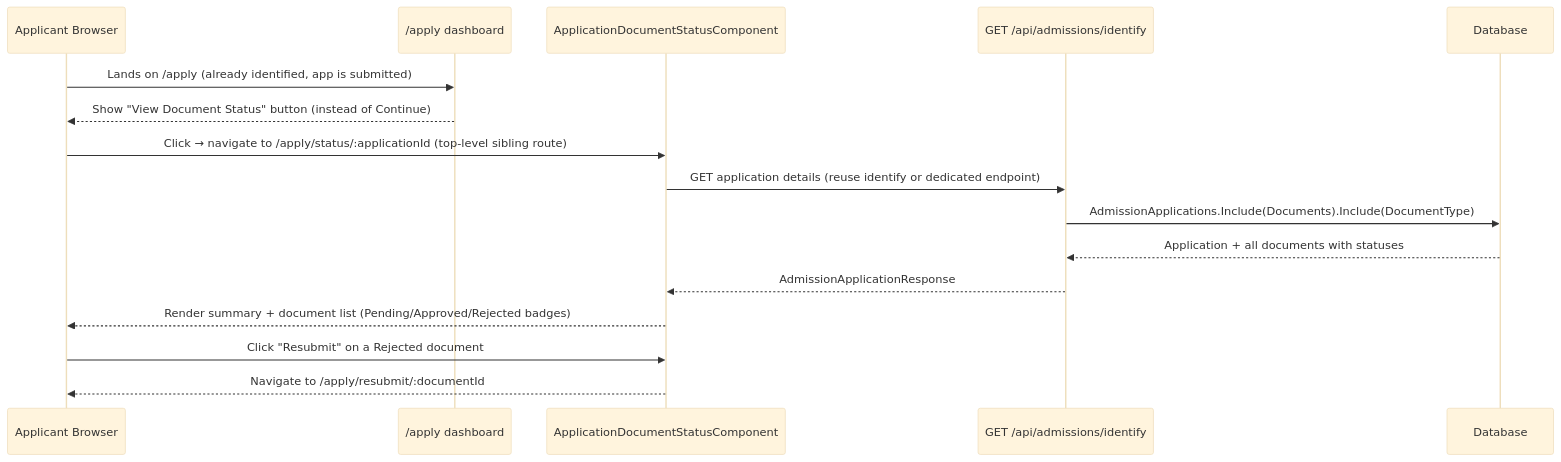
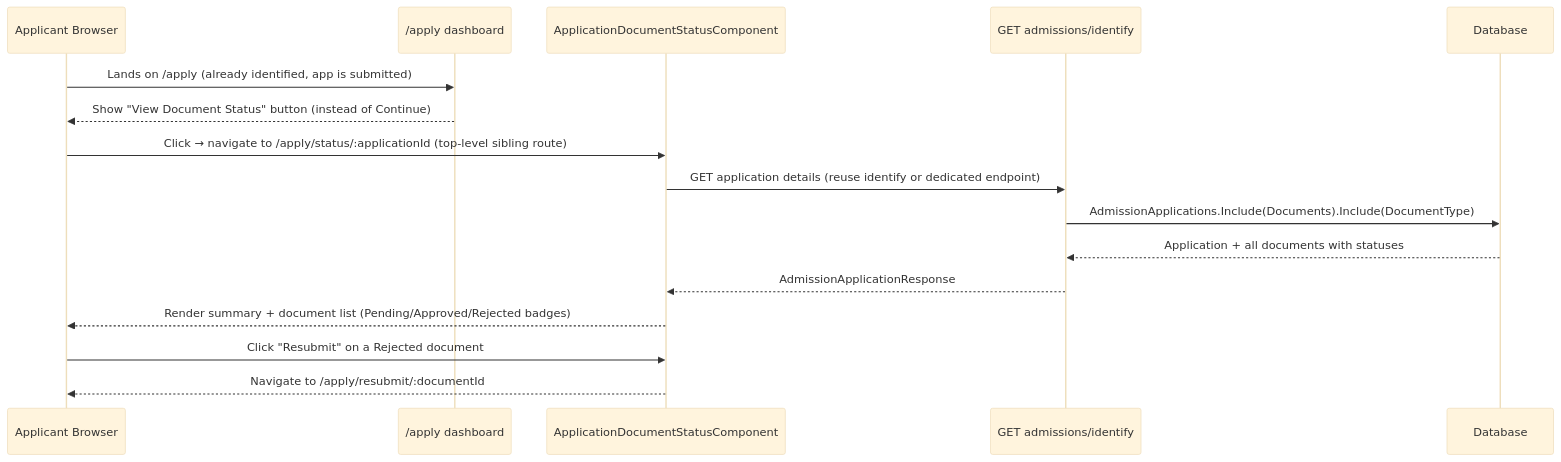
One commit to standevel/LMSApi changed the fourth of 4 diagrams in .kiro/specs/document-resubmission/design.md. Above: the diagram before and after it, drawn with Mermaid (base theme). The commit also changed other lines of this file and 3081 other files, not shown here.

````diff
--- a/.kiro/specs/document-resubmission/design.md
+++ b/.kiro/specs/document-resubmission/design.md
@@ -81,19 +81,19 @@
 ```mermaid
 sequenceDiagram
     participant U as Applicant Browser
     participant Dash as /apply dashboard
     participant Status as ApplicationDocumentStatusComponent
-    participant API as GET /api/admissions/identify
+    participant API as GET admissions/identify
     participant DB as Database
 
     U->>Dash: Lands on /apply (already identified, app is submitted)
     Dash-->>U: Show "View Document Status" button (instead of Continue)
     U->>Status: Click → navigate to /apply/status/:applicationId (top-level sibling route)
     Status->>API: GET application details (reuse identify or dedicated endpoint)
     API->>DB: AdmissionApplications.Include(Documents).Include(DocumentType)
     DB-->>API: Application + all documents with statuses
     API-->>Status: AdmissionApplicationResponse
     Status-->>U: Render summary + document list (Pending/Approved/Rejected badges)
     U->>Status: Click "Resubmit" on a Rejected document
     Status-->>U: Navigate to /apply/resubmit/:documentId
 ```
````
